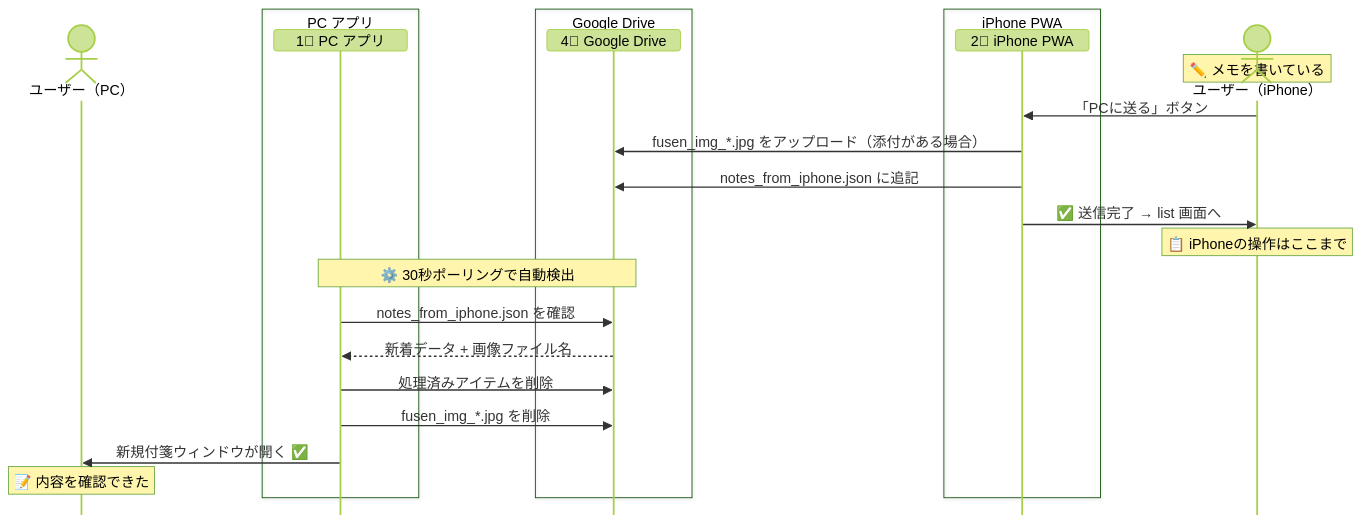
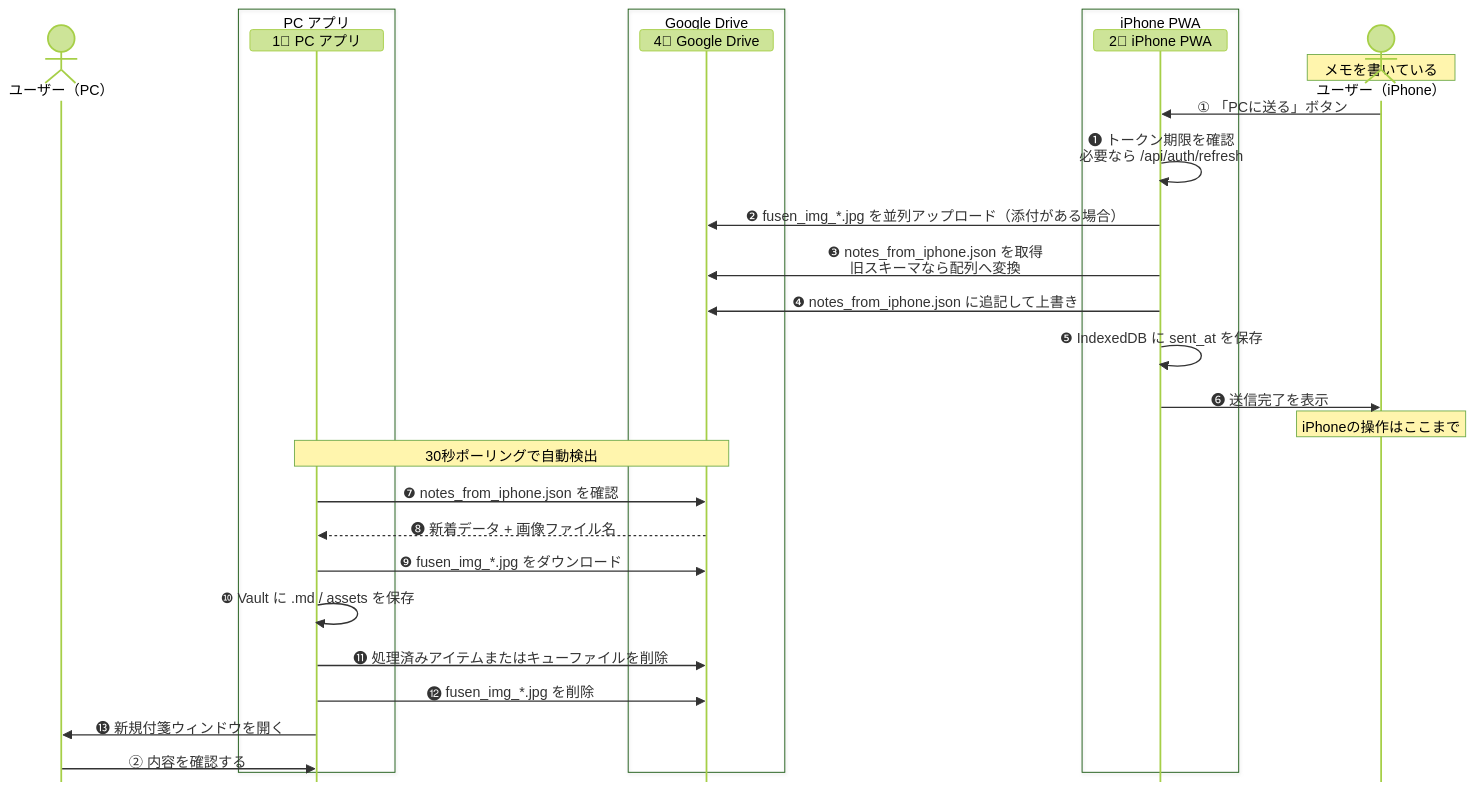
Before and after one commit to ore-no-fusen/ore-no-fusen: the fourth of 6 diagrams in docs-v2/003_IPHONE.md, drawn with Mermaid (forest theme). The commit also changed other lines of this file and 32 other files, not shown here.

````diff
--- a/docs-v2/003_IPHONE.md
+++ b/docs-v2/003_IPHONE.md
@@ -611,30 +757,35 @@
 ```mermaid
 %%{init: {'sequence': {'messageMargin': 8, 'mirrorActors': false, 'height': 24, 'boxMargin': 4, 'noteMargin': 6}}}%%
 sequenceDiagram
     actor UserPC as ユーザー（PC）
     box PC アプリ
         participant PC as 1⃣ PC アプリ
     end
     box Google Drive
         participant Drive as 4⃣ Google Drive
     end
     box iPhone PWA
         participant PWA as 2⃣ iPhone PWA
     end
     actor UserPhone as ユーザー（iPhone）
 
-    Note over UserPhone: ✏️ メモを書いている
-    UserPhone->>PWA: 「PCに送る」ボタン
-    PWA->>Drive: fusen_img_*.jpg をアップロード（添付がある場合）
-    PWA->>Drive: notes_from_iphone.json に追記
-    PWA->>UserPhone: ✅ 送信完了 → list 画面へ
-    Note over UserPhone: 📋 iPhoneの操作はここまで
+    Note over UserPhone: メモを書いている
+    UserPhone->>PWA: ① 「PCに送る」ボタン
+    PWA->>PWA: ❶ トークン期限を確認<br>必要なら /api/auth/refresh
+    PWA->>Drive: ❷ fusen_img_*.jpg を並列アップロード（添付がある場合）
+    PWA->>Drive: ❸ notes_from_iphone.json を取得<br>旧スキーマなら配列へ変換
+    PWA->>Drive: ❹ notes_from_iphone.json に追記して上書き
+    PWA->>PWA: ❺ IndexedDB に sent_at を保存
+    PWA->>UserPhone: ❻ 送信完了を表示
+    Note over UserPhone: iPhoneの操作はここまで
 
-    Note over Drive,PC: ⚙️ 30秒ポーリングで自動検出
-    PC->>Drive: notes_from_iphone.json を確認
-    Drive-->>PC: 新着データ + 画像ファイル名
-    PC->>Drive: 処理済みアイテムを削除
-    PC->>Drive: fusen_img_*.jpg を削除
-    PC->>UserPC: 新規付箋ウィンドウが開く ✅
-    Note over UserPC: 📝 内容を確認できた
+    Note over Drive,PC: 30秒ポーリングで自動検出
+    PC->>Drive: ❼ notes_from_iphone.json を確認
+    Drive-->>PC: ❽ 新着データ + 画像ファイル名
+    PC->>Drive: ❾ fusen_img_*.jpg をダウンロード
+    PC->>PC: ❿ Vault に .md / assets を保存
+    PC->>Drive: ⓫ 処理済みアイテムまたはキューファイルを削除
+    PC->>Drive: ⓬ fusen_img_*.jpg を削除
+    PC->>UserPC: ⓭ 新規付箋ウィンドウを開く
+    UserPC->>PC: ② 内容を確認する
 ```
````
